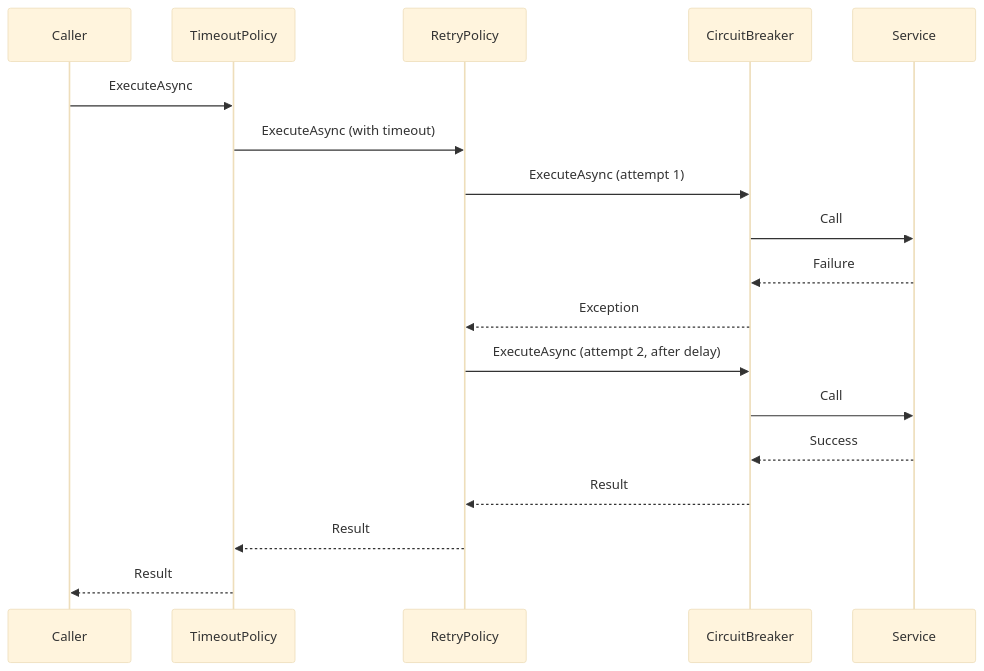
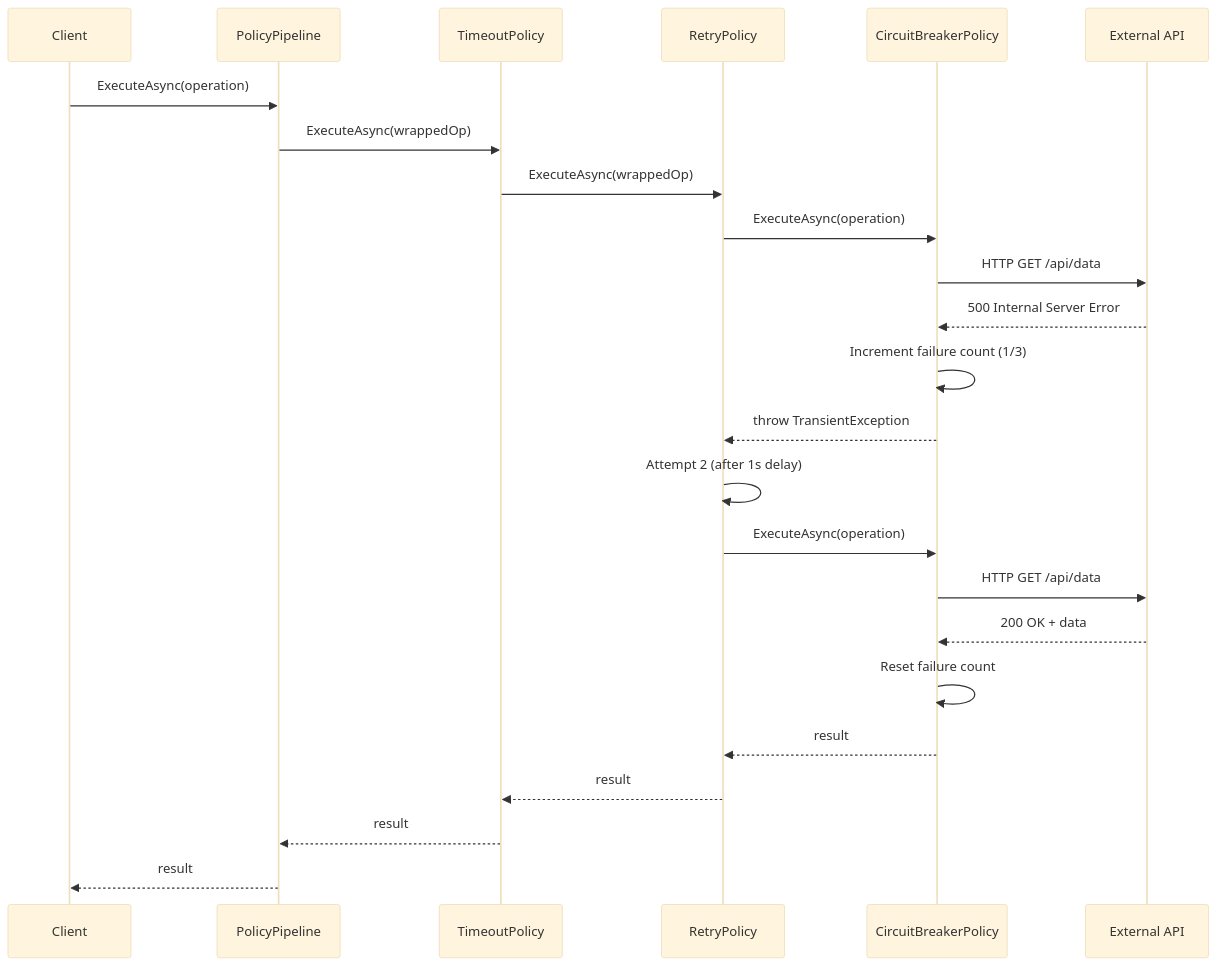
Before and after one commit to senapatisantosh/DotnetAdvanceDesignPattern: the second of 2 diagrams in src/DesignPatterns.Enterprise/PolicyPattern/README.md, drawn with Mermaid (base theme). The commit also changed other lines of this file, not shown here.

First line of the commit message:
fix: update Policy Pattern README

````diff
--- a/src/DesignPatterns.Enterprise/PolicyPattern/README.md
+++ b/src/DesignPatterns.Enterprise/PolicyPattern/README.md
@@ -115,21 +118,29 @@
 ```mermaid
 sequenceDiagram
-    participant C as Caller
-    participant T as TimeoutPolicy
-    participant R as RetryPolicy
-    participant CB as CircuitBreaker
-    participant S as Service
+    participant Client
+    participant Pipeline as PolicyPipeline
+    participant Timeout as TimeoutPolicy
+    participant Retry as RetryPolicy
+    participant CB as CircuitBreakerPolicy
+    participant Service as External API
 
-    C->>T: ExecuteAsync
-    T->>R: ExecuteAsync (with timeout)
-    R->>CB: ExecuteAsync (attempt 1)
-    CB->>S: Call
-    S-->>CB: Failure
-    CB-->>R: Exception
-    R->>CB: ExecuteAsync (attempt 2, after delay)
-    CB->>S: Call
-    S-->>CB: Success
-    CB-->>R: Result
-    R-->>T: Result
-    T-->>C: Result
+    Client->>Pipeline: ExecuteAsync(operation)
+    Pipeline->>Timeout: ExecuteAsync(wrappedOp)
+    Timeout->>Retry: ExecuteAsync(wrappedOp)
+    Retry->>CB: ExecuteAsync(operation)
+    CB->>Service: HTTP GET /api/data
+
+    Service-->>CB: 500 Internal Server Error
+    CB->>CB: Increment failure count (1/3)
+    CB-->>Retry: throw TransientException
+
+    Retry->>Retry: Attempt 2 (after 1s delay)
+    Retry->>CB: ExecuteAsync(operation)
+    CB->>Service: HTTP GET /api/data
+    Service-->>CB: 200 OK + data
+    CB->>CB: Reset failure count
+    CB-->>Retry: result
+    Retry-->>Timeout: result
+    Timeout-->>Pipeline: result
+    Pipeline-->>Client: result
 ```
````
